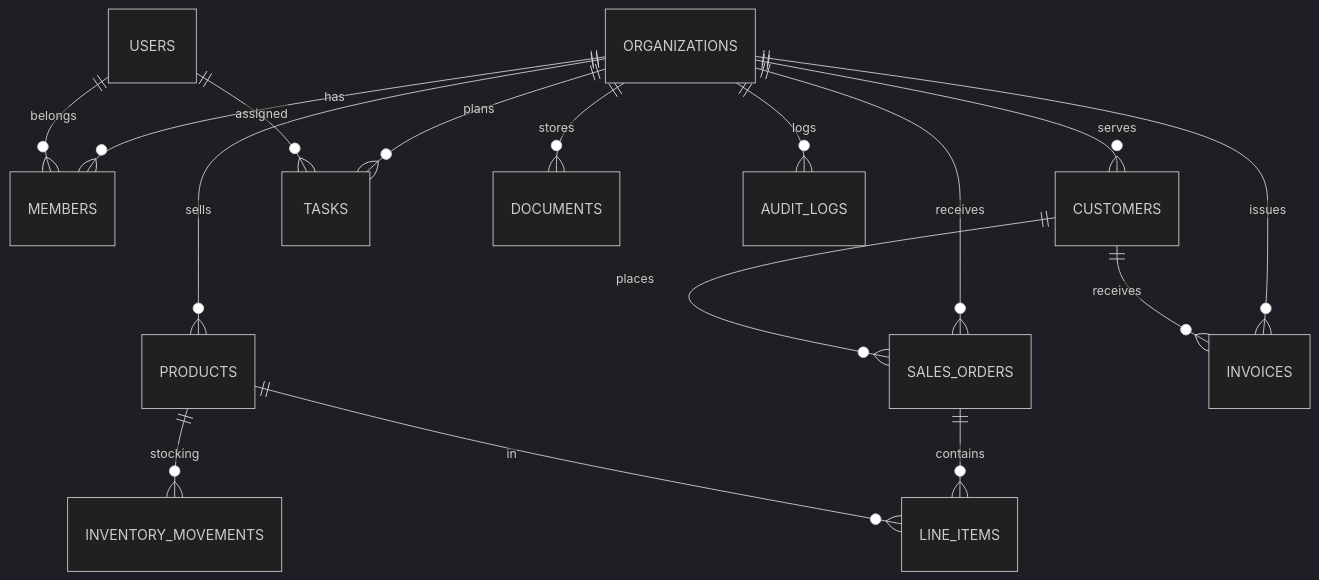
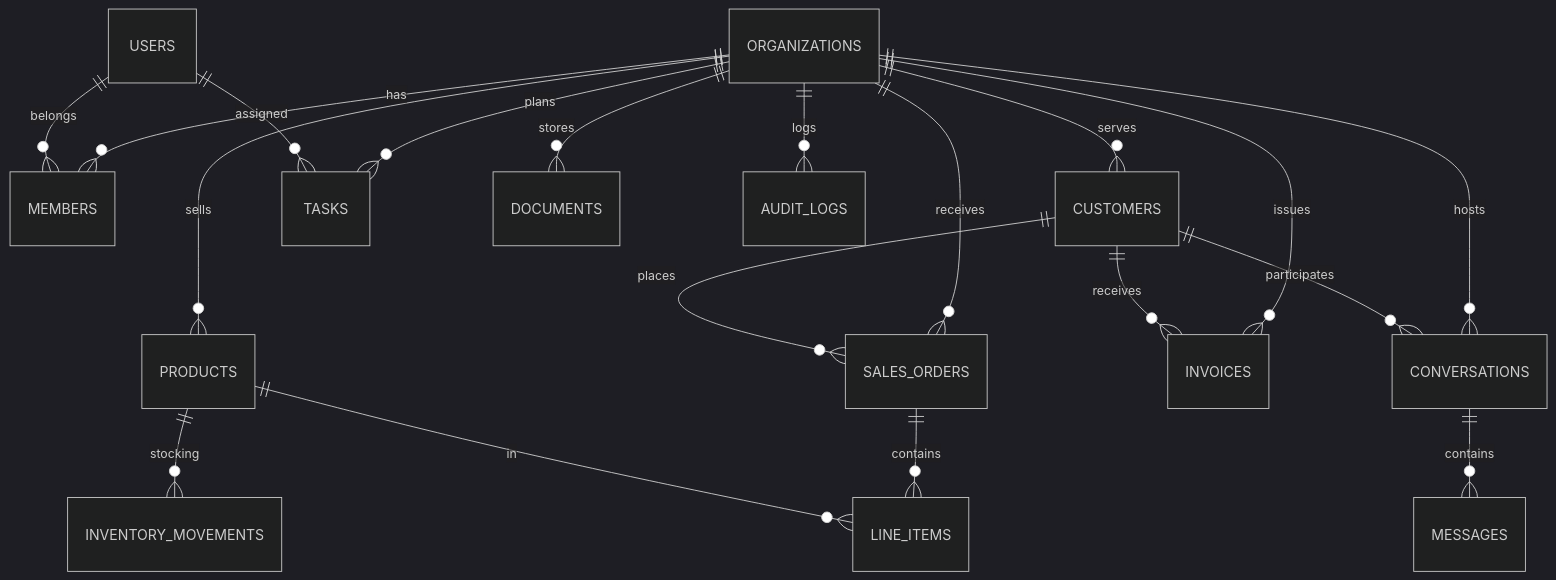
One commit to Carlos05-code/AI-Operation-copilot-for-SMBs changed the first of 2 diagrams in docs/specifications/DATABASE_SPEC.md. Above: the diagram before and after it, drawn with Mermaid (dark theme). The commit also changed other lines of this file and 19 other files, not shown here.

````diff
--- a/docs/specifications/DATABASE_SPEC.md
+++ b/docs/specifications/DATABASE_SPEC.md
@@ -87,18 +96,21 @@
 ```mermaid
 erDiagram
     ORGANIZATIONS ||--o{ MEMBERS : "has"
     USERS ||--o{ MEMBERS : "belongs"
     ORGANIZATIONS ||--o{ CUSTOMERS : "serves"
     ORGANIZATIONS ||--o{ PRODUCTS : "sells"
     PRODUCTS ||--o{ INVENTORY_MOVEMENTS : "stocking"
     ORGANIZATIONS ||--o{ SALES_ORDERS : "receives"
     CUSTOMERS ||--o{ SALES_ORDERS : "places"
     SALES_ORDERS ||--o{ LINE_ITEMS : "contains"
     PRODUCTS ||--o{ LINE_ITEMS : "in"
     ORGANIZATIONS ||--o{ INVOICES : "issues"
     CUSTOMERS ||--o{ INVOICES : "receives"
     ORGANIZATIONS ||--o{ TASKS : "plans"
     USERS ||--o{ TASKS : "assigned"
     ORGANIZATIONS ||--o{ DOCUMENTS : "stores"
+    ORGANIZATIONS ||--o{ CONVERSATIONS : "hosts"
+    CUSTOMERS ||--o{ CONVERSATIONS : "participates"
+    CONVERSATIONS ||--o{ MESSAGES : "contains"
     ORGANIZATIONS ||--o{ AUDIT_LOGS : "logs"
 ```
````
